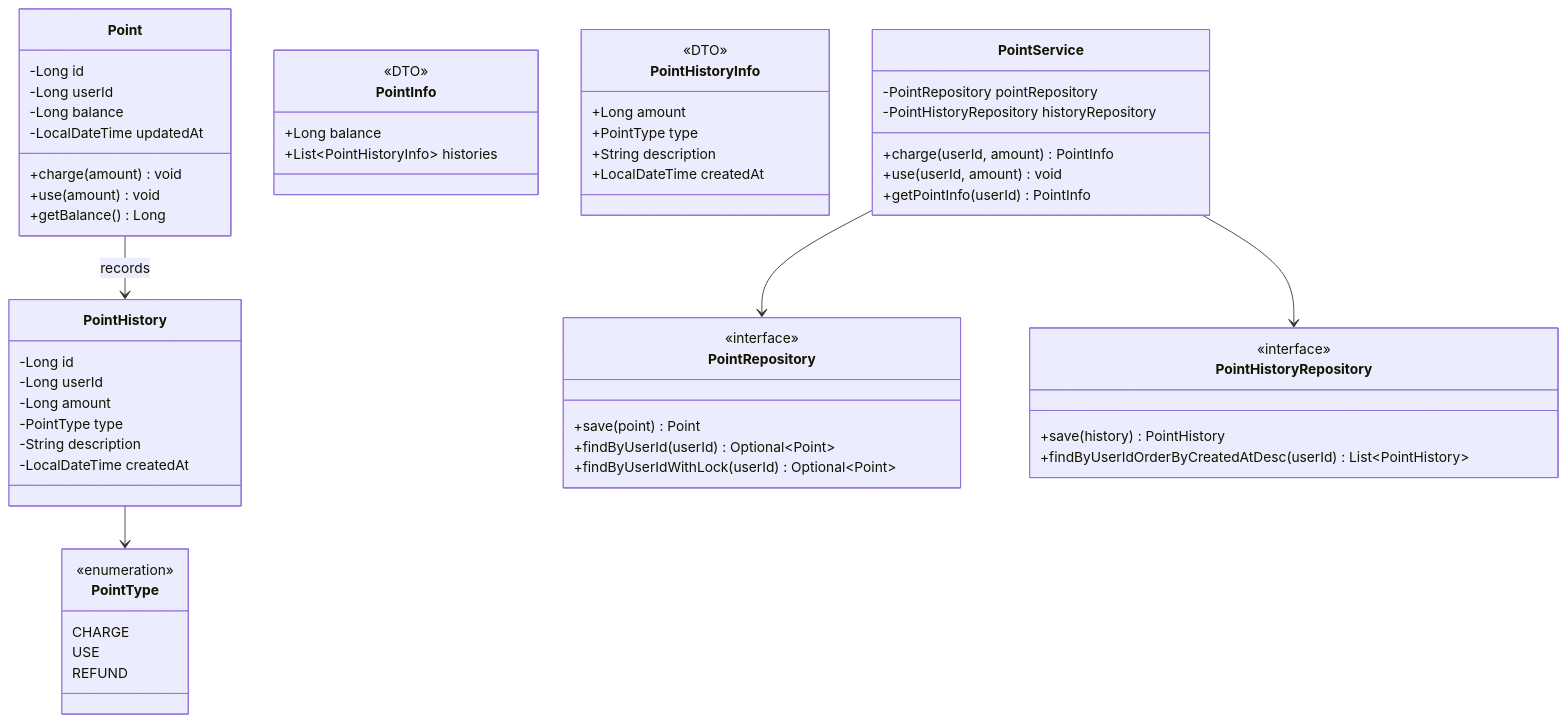
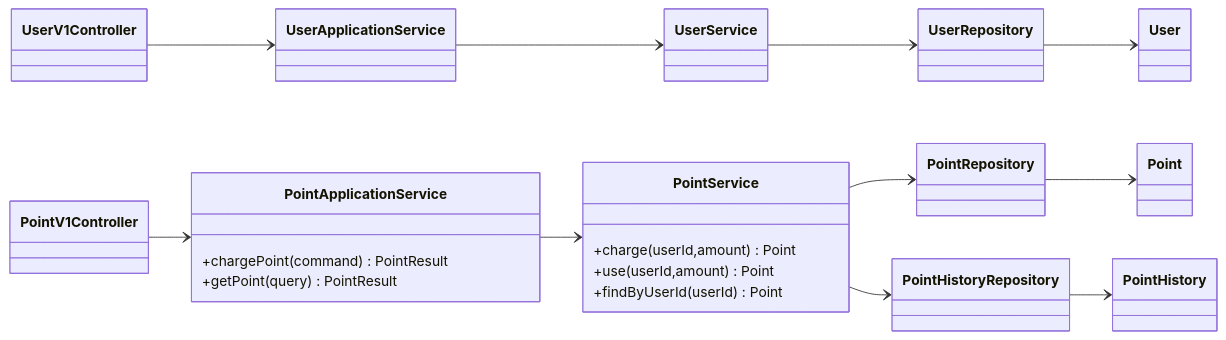
One commit to yht0827/my-commerce changed the second of 6 diagrams in docs/03-class-diagrams.md. Above: the diagram before and after it, drawn with Mermaid. The commit also changed other lines of this file and 258 other files, not shown here.

````diff
--- a/docs/03-class-diagrams.md
+++ b/docs/03-class-diagrams.md
@@ -99,68 +36,37 @@
 ```mermaid
 classDiagram
-    class Point {
-        -Long id
-        -Long userId
-        -Long balance
-        -LocalDateTime updatedAt
-        +charge(amount) void
-        +use(amount) void
-        +getBalance() Long
+    direction LR
+
+    class UserV1Controller
+    class UserApplicationService
+    class UserService
+    class UserRepository
+    class User
+
+    UserV1Controller --> UserApplicationService
+    UserApplicationService --> UserService
+    UserService --> UserRepository
+    UserRepository --> User
+
+    class PointV1Controller
+    class PointApplicationService {
+        +chargePoint(command) PointResult
+        +getPoint(query) PointResult
     }
+    class PointService {
+        +charge(userId,amount) Point
+        +use(userId,amount) Point
+        +findByUserId(userId) Point
+    }
+    class PointRepository
+    class PointHistoryRepository
+    class Point
+    class PointHistory
 
-    class PointHistory {
-        -Long id
-        -Long userId
-        -Long amount
-        -PointType type
-        -String description
-        -LocalDateTime createdAt
-    }
-
-    class PointType {
-        <<enumeration>>
-        CHARGE
-        USE
-        REFUND
-    }
-
-    class PointInfo {
-        <<DTO>>
-        +Long balance
-        +List~PointHistoryInfo~ histories
-    }
-
-    class PointHistoryInfo {
-        <<DTO>>
-        +Long amount
-        +PointType type
-        +String description
-        +LocalDateTime createdAt
-    }
-
-    class PointRepository {
-        <<interface>>
-        +save(point) Point
-        +findByUserId(userId) Optional~Point~
-        +findByUserIdWithLock(userId) Optional~Point~
-    }
-
-    class PointHistoryRepository {
-        <<interface>>
-        +save(history) PointHistory
-        +findByUserIdOrderByCreatedAtDesc(userId) List~PointHistory~
-    }
-
-    class PointService {
-        -PointRepository pointRepository
-        -PointHistoryRepository historyRepository
-        +charge(userId, amount) PointInfo
-        +use(userId, amount) void
-        +getPointInfo(userId) PointInfo
-    }
-
-    Point --> PointHistory : records
-    PointHistory --> PointType
+    PointV1Controller --> PointApplicationService
+    PointApplicationService --> PointService
     PointService --> PointRepository
     PointService --> PointHistoryRepository
+    PointRepository --> Point
+    PointHistoryRepository --> PointHistory
 ```
````
